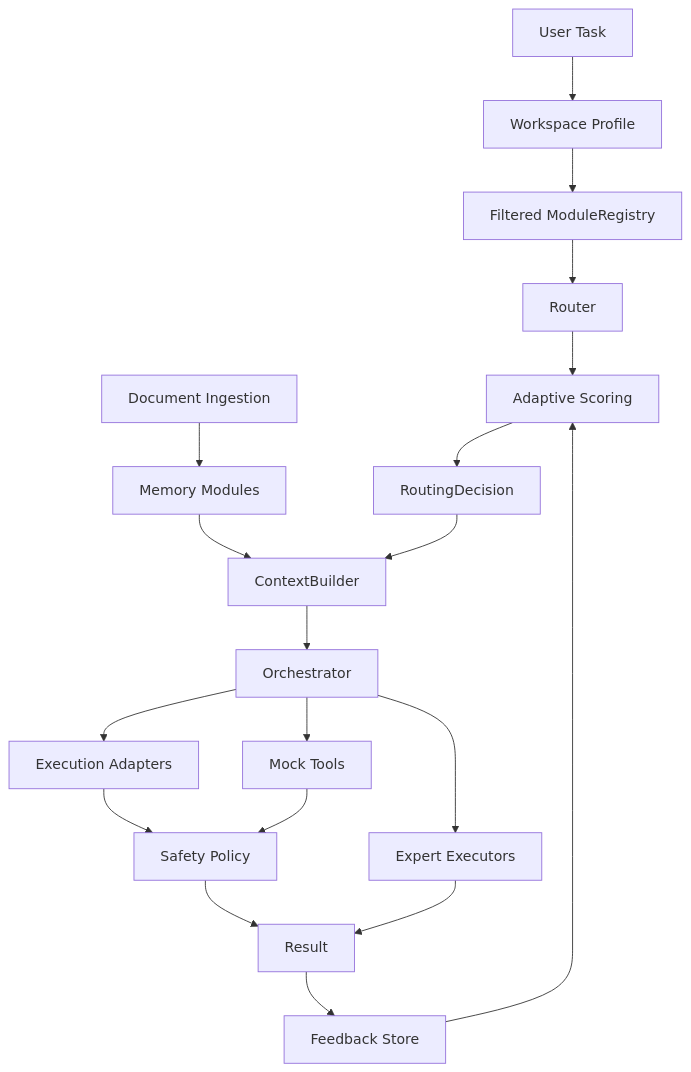
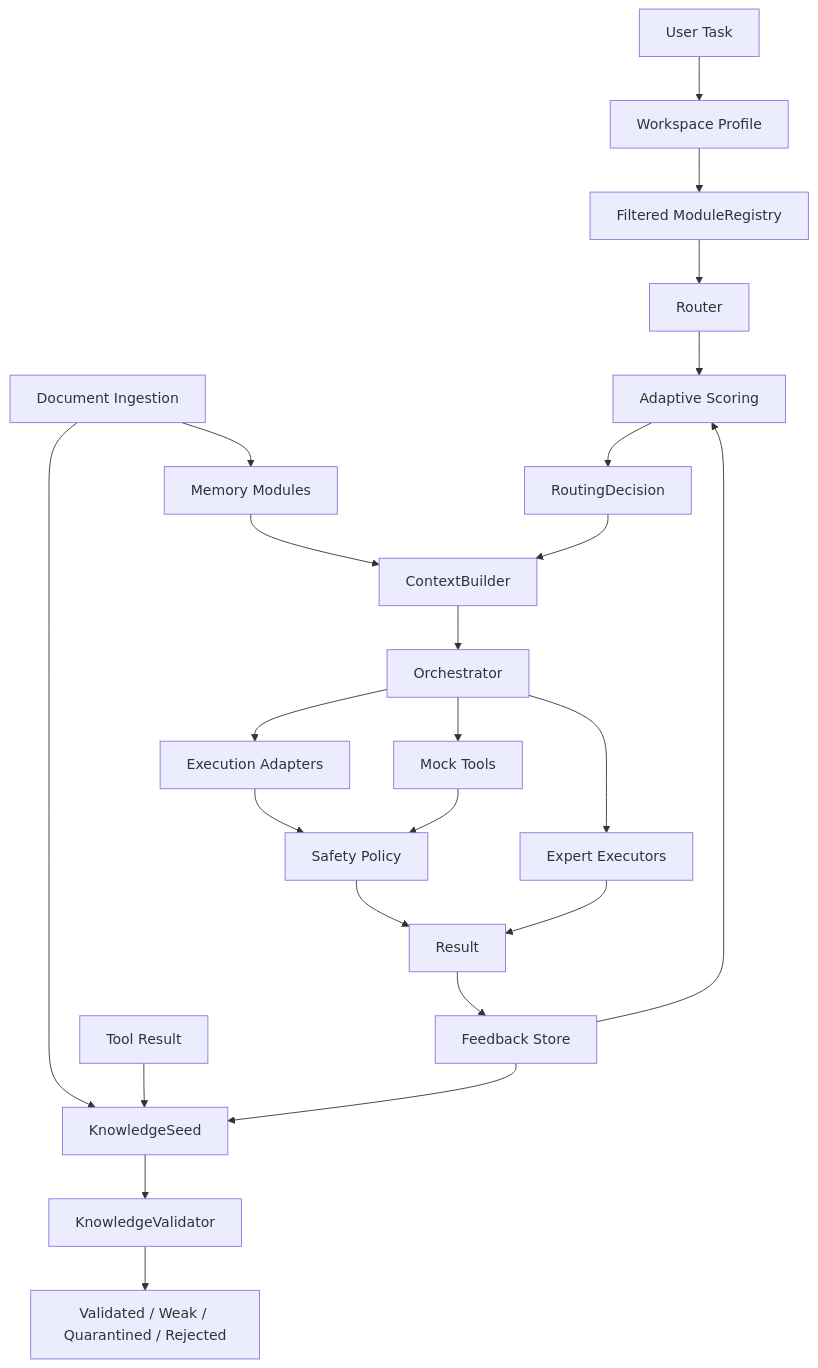
Before and after one commit to Robotyaga/Grona: the diagram in README.md, drawn with Mermaid. The commit also changed other lines of this file and 13 other files, not shown here.

First line of the commit message:
Add KnowledgeSeed validation foundation for Growth Lab

````diff
--- a/README.md
+++ b/README.md
@@ -43,21 +45,26 @@
 ```mermaid
 flowchart TD
     A[User Task] --> B[Workspace Profile]
     B --> C[Filtered ModuleRegistry]
     C --> D[Router]
     F[Feedback Store] --> E[Adaptive Scoring]
     D --> E
     E --> G[RoutingDecision]
     H[Memory Modules] --> I[ContextBuilder]
     J[Document Ingestion] --> H
+    J --> Q[KnowledgeSeed]
+    R[Tool Result] --> Q
+    F --> Q
+    Q --> S[KnowledgeValidator]
+    S --> T[Validated / Weak / Quarantined / Rejected]
     G --> I
     I --> K[Orchestrator]
     K --> L[Expert Executors]
     K --> M[Execution Adapters]
     K --> N[Mock Tools]
     M --> O[Safety Policy]
     N --> O
     O --> P[Result]
     L --> P
     P --> F
 ```
````
